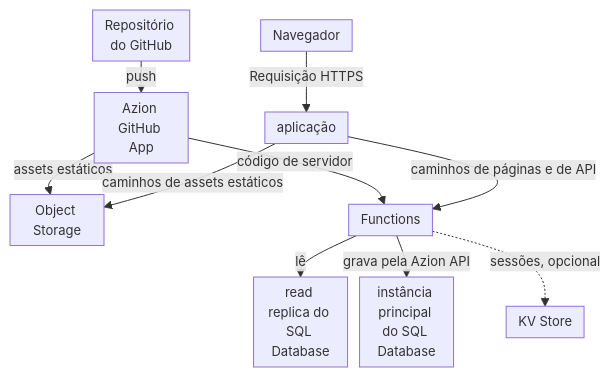
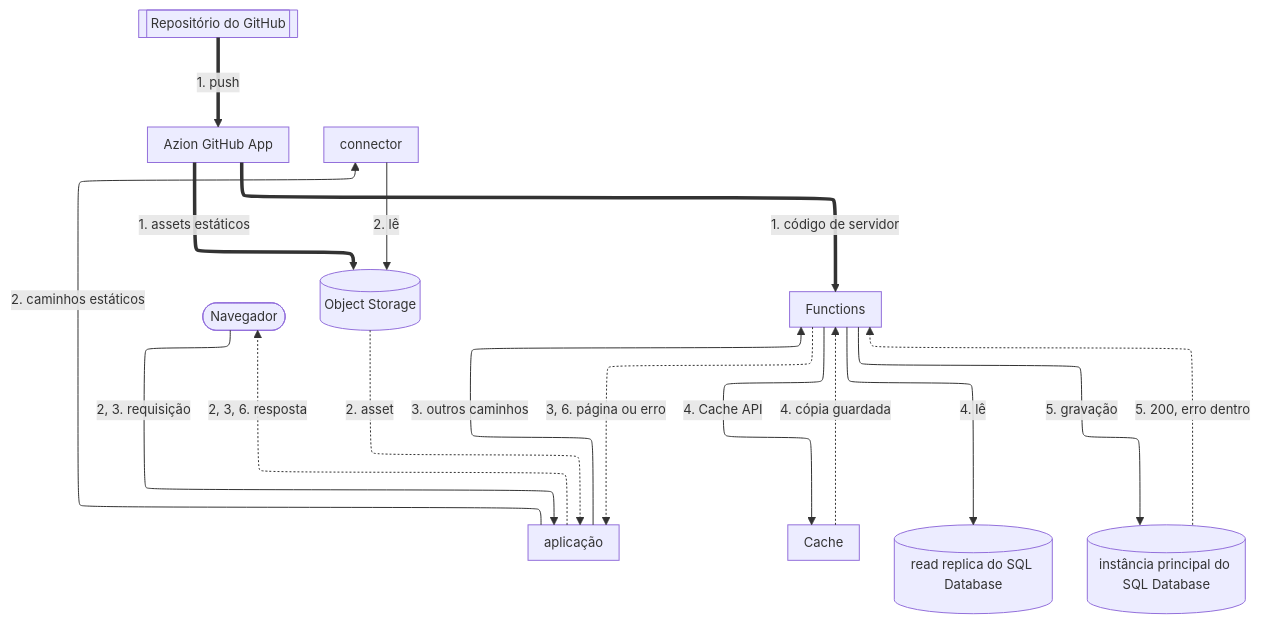
Before and after one commit to aziontech/docs: the diagram in apps/docs/src/content/docs/pt-br/pages/casos-de-uso/construir-e-executar-aplicacoes/implantar-aplicacoes-full-stack-globalmente.mdx, drawn with Mermaid. The commit also changed other lines of this file and 55 other files, not shown here.

Commit message:
docs(use-cases): redraw the use-case diagrams with the way back and check their claims (#2509)

````diff
--- a/apps/docs/src/content/docs/pt-br/pages/casos-de-uso/construir-e-executar-aplicacoes/implantar-aplicacoes-full-stack-globalmente.mdx
+++ b/apps/docs/src/content/docs/pt-br/pages/casos-de-uso/construir-e-executar-aplicacoes/implantar-aplicacoes-full-stack-globalmente.mdx
@@ -40,13 +42,29 @@
 ```mermaid
-%%{init: {"layout": "dagre", "themeVariables": {"fontSize": "13px"}, "flowchart": {"nodeSpacing": 12, "rankSpacing": 12, "padding": 6, "wrappingWidth": 70, "minNodeWidth": 40, "useMaxWidth": true}}}%%
+%%{init: {"layout": "elk", "elk": {"preset": "modelOrder", "keepEntryNodeOnTop": true}, "themeVariables": {"fontSize": "13px"}, "flowchart": {"nodeSpacing": 24, "rankSpacing": 36, "padding": 8, "wrappingWidth": 150, "useMaxWidth": true}, "sequence": {"width": 120, "actorMargin": 30, "useMaxWidth": true}}}%%
 flowchart TD
-  Repo["Repositório do GitHub"] -->|"push"| GH["Azion GitHub App"]
-  GH -->|"assets estáticos"| Bucket["Object Storage"]
-  GH -->|"código de servidor"| Fn["Functions"]
-  User["Navegador"] -->|"Requisição HTTPS"| App["aplicação"]
-  App -->|"caminhos de assets estáticos"| Bucket
-  App -->|"caminhos de páginas e de API"| Fn
-  Fn -->|"lê"| Replica["read replica do SQL Database"]
-  Fn -->|"grava pela Azion API"| Main["instância principal do SQL Database"]
-  Fn -.->|"sessões, opcional"| KV["KV Store"]
+  User(["Navegador"])
+  Repo[["Repositório do GitHub"]]
+  GH["Azion GitHub App"]
+  App["aplicação"]
+  Conn["connector"]
+  Bucket[("Object Storage")]
+  Fn["Functions"]
+  Cache["Cache"]
+  Replica[("read replica do SQL Database")]
+  Main[("instância principal do SQL Database")]
+  User -->|"2, 3. requisição"| App
+  App -->|"2. caminhos estáticos"| Conn
+  Conn -->|"2. lê"| Bucket
+  App -->|"3. outros caminhos"| Fn
+  Fn -->|"4. lê"| Replica
+  Fn -->|"4. Cache API"| Cache
+  Fn -->|"5. gravação"| Main
+  Bucket -.->|"2. asset"| App
+  Cache -.->|"4. cópia guardada"| Fn
+  Main -.->|"5. 200, erro dentro"| Fn
+  Fn -.->|"3, 6. página ou erro"| App
+  App -.->|"2, 3, 6. resposta"| User
+  Repo ==>|"1. push"| GH
+  GH ==>|"1. assets estáticos"| Bucket
+  GH ==>|"1. código de servidor"| Fn
 ```
````
